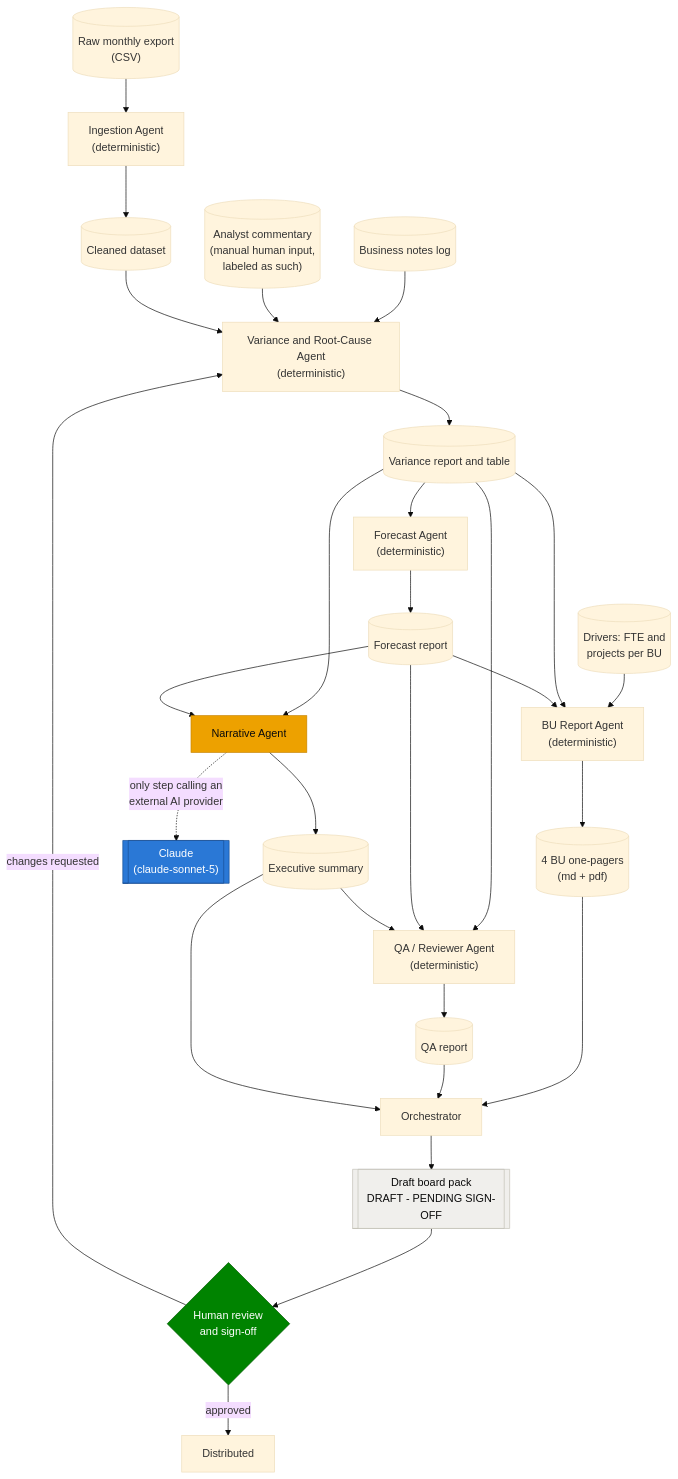
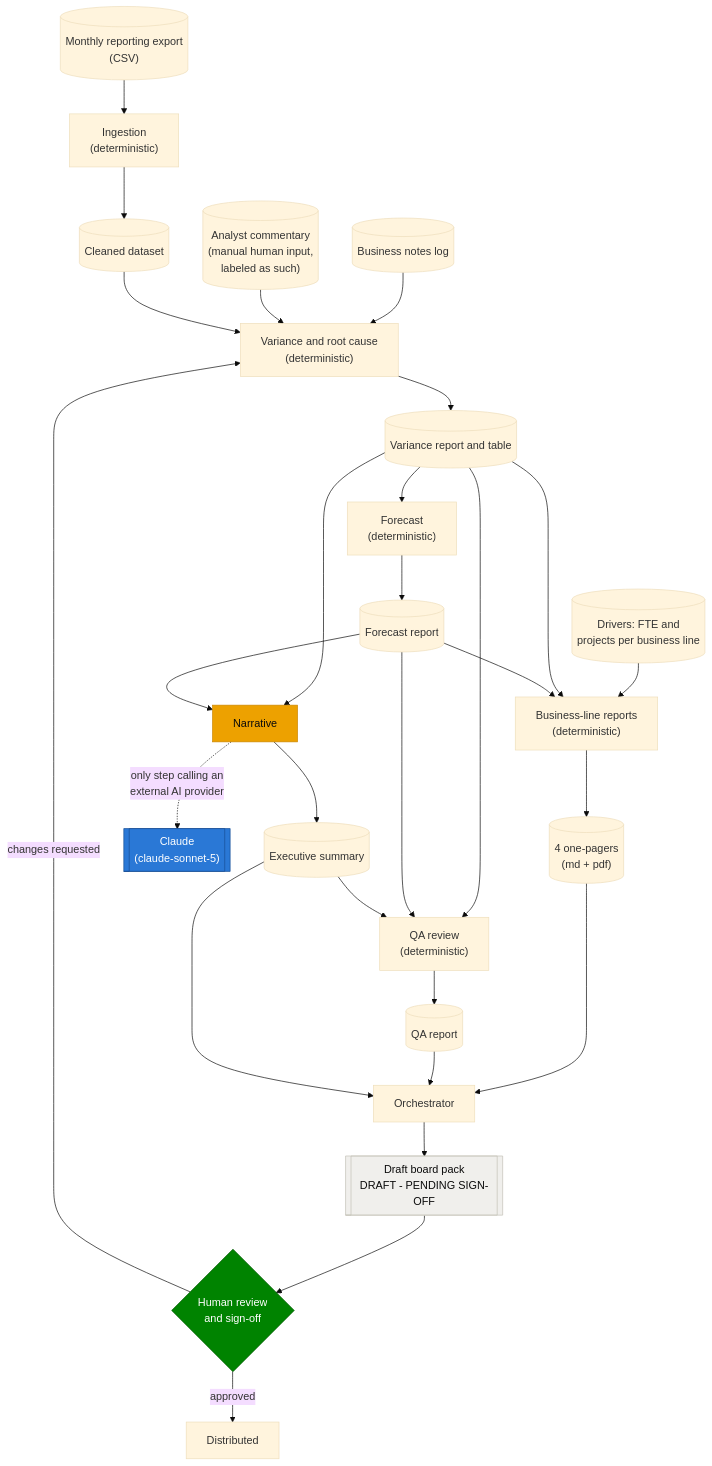
One commit to alanvourch/fpa-project changed the diagram in README.md. Above: the diagram before and after it, drawn with Mermaid (base theme). The commit also changed other lines of this file and 27 other files, not shown here.

````diff
--- a/README.md
+++ b/README.md
@@ -147,35 +137,35 @@
 ```mermaid
 flowchart TD
-    RAW[("Raw monthly export\n(CSV)")] --> ING["Ingestion Agent\n(deterministic)"]
+    RAW[("Monthly reporting export\n(CSV)")] --> ING["Ingestion\n(deterministic)"]
     ING --> CLEAN[("Cleaned dataset")]
     NOTES[("Business notes log")] --> VAR
     ANA[("Analyst commentary\n(manual human input,\nlabeled as such)")] --> VAR
-    CLEAN --> VAR["Variance and Root-Cause Agent\n(deterministic)"]
+    CLEAN --> VAR["Variance and root cause\n(deterministic)"]
     VAR --> VTAB[("Variance report and table")]
-    VTAB --> FC["Forecast Agent\n(deterministic)"]
+    VTAB --> FC["Forecast\n(deterministic)"]
     FC --> FTAB[("Forecast report")]
-    DRV[("Drivers: FTE and\nprojects per BU")] --> BUR
-    VTAB --> BUR["BU Report Agent\n(deterministic)"]
+    DRV[("Drivers: FTE and\nprojects per business line")] --> BUR
+    VTAB --> BUR["Business-line reports\n(deterministic)"]
     FTAB --> BUR
-    BUR --> BUPACK[("4 BU one-pagers\n(md + pdf)")]
+    BUR --> BUPACK[("4 one-pagers\n(md + pdf)")]
     BUPACK --> ORCH
-    VTAB --> NARR["Narrative Agent"]
+    VTAB --> NARR["Narrative"]
     FTAB --> NARR
     NARR -.->|"only step calling an\nexternal AI provider"| LLM[["Claude\n(claude-sonnet-5)"]]
     NARR --> EXEC[("Executive summary")]
-    VTAB --> QA["QA / Reviewer Agent\n(deterministic)"]
+    VTAB --> QA["QA review\n(deterministic)"]
     FTAB --> QA
     EXEC --> QA
     QA --> QAREP[("QA report")]
     QAREP --> ORCH["Orchestrator"]
     EXEC --> ORCH
     ORCH --> PACK[["Draft board pack\nDRAFT - PENDING SIGN-OFF"]]
     PACK --> HUMAN{"Human review\nand sign-off"}
     HUMAN -->|approved| OUT["Distributed"]
     HUMAN -->|changes requested| VAR
 
     style LLM fill:#2a78d6,color:#fff,stroke:#184f95
     style NARR fill:#eda100,color:#0b0b0b,stroke:#c98500
     style HUMAN fill:#008300,color:#fff,stroke:#005900
     style PACK fill:#f0efec,color:#0b0b0b,stroke:#c3c2b7
 ```
````
